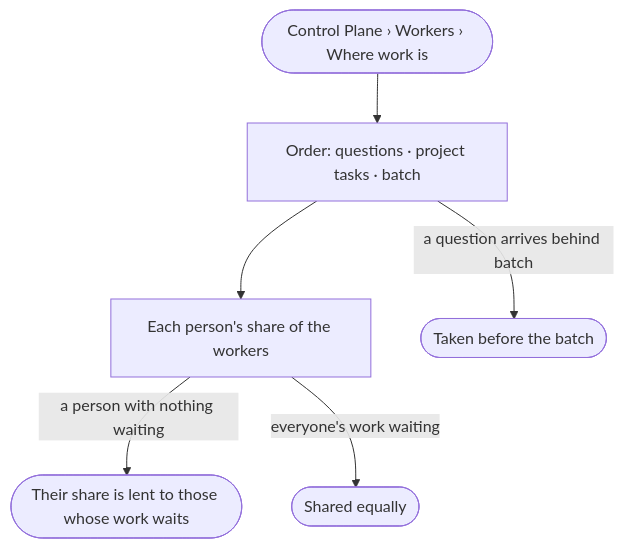
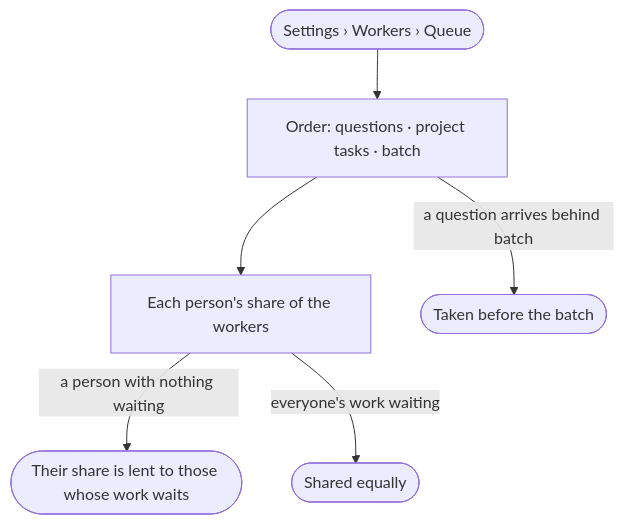
Before and after one commit to invana/invana: the diagram in specs/os/control/features/CP-F03-workers-and-the-queue/stories/CP-06-questions-go-before-batch-work/story.md, drawn with Mermaid. The commit also changed other lines of this file and 456 other files, not shown here.

````diff
--- a/specs/os/control/features/CP-F03-workers-and-the-queue/stories/CP-06-questions-go-before-batch-work/story.md
+++ b/specs/os/control/features/CP-F03-workers-and-the-queue/stories/CP-06-questions-go-before-batch-work/story.md
@@ -26,8 +26,8 @@
 ```mermaid
 flowchart TD
-  s([Control Plane › Workers › Where work is]) --> o["Order: questions · project tasks · batch"]
+  s([Settings › Workers › Queue]) --> o["Order: questions · project tasks · batch"]
   o --> g["Each person's share of the workers"]
   g -->|a person with nothing waiting| lend(["Their share is lent to those whose work waits"])
   g -->|everyone's work waiting| eq(["Shared equally"])
   o -->|a question arrives behind batch| first(["Taken before the batch"])
 ```
````
